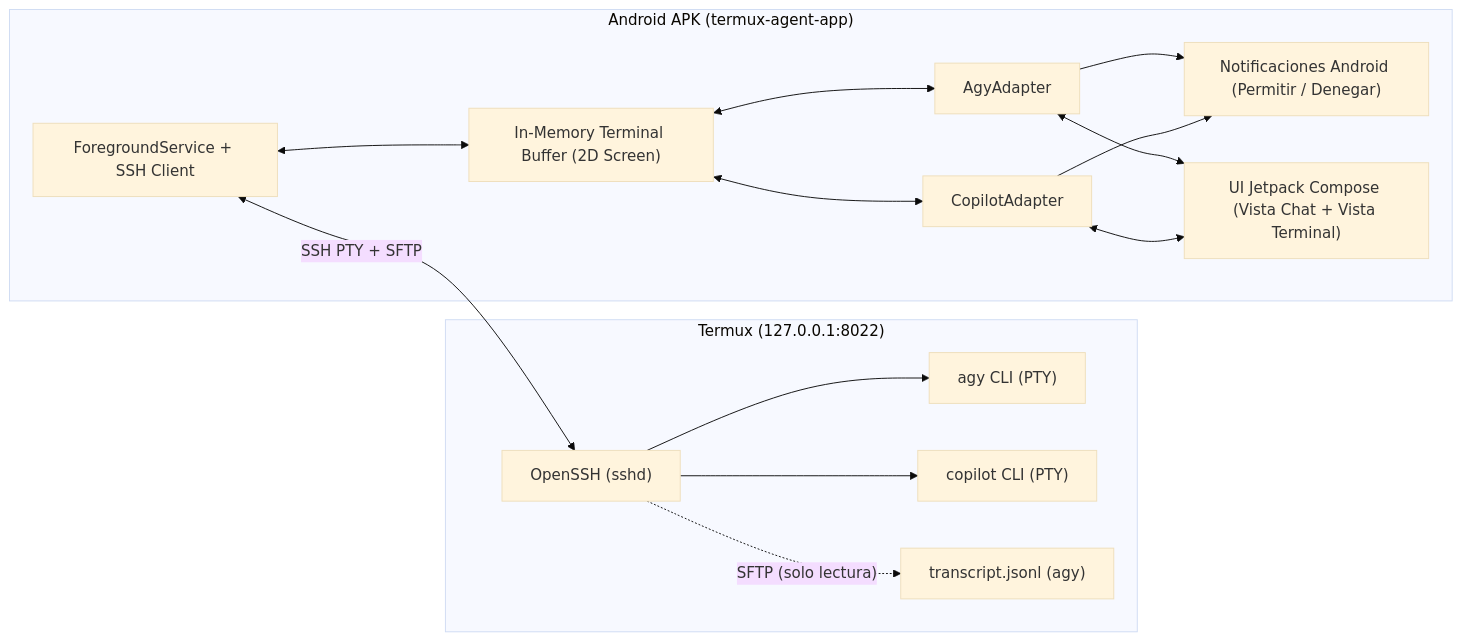
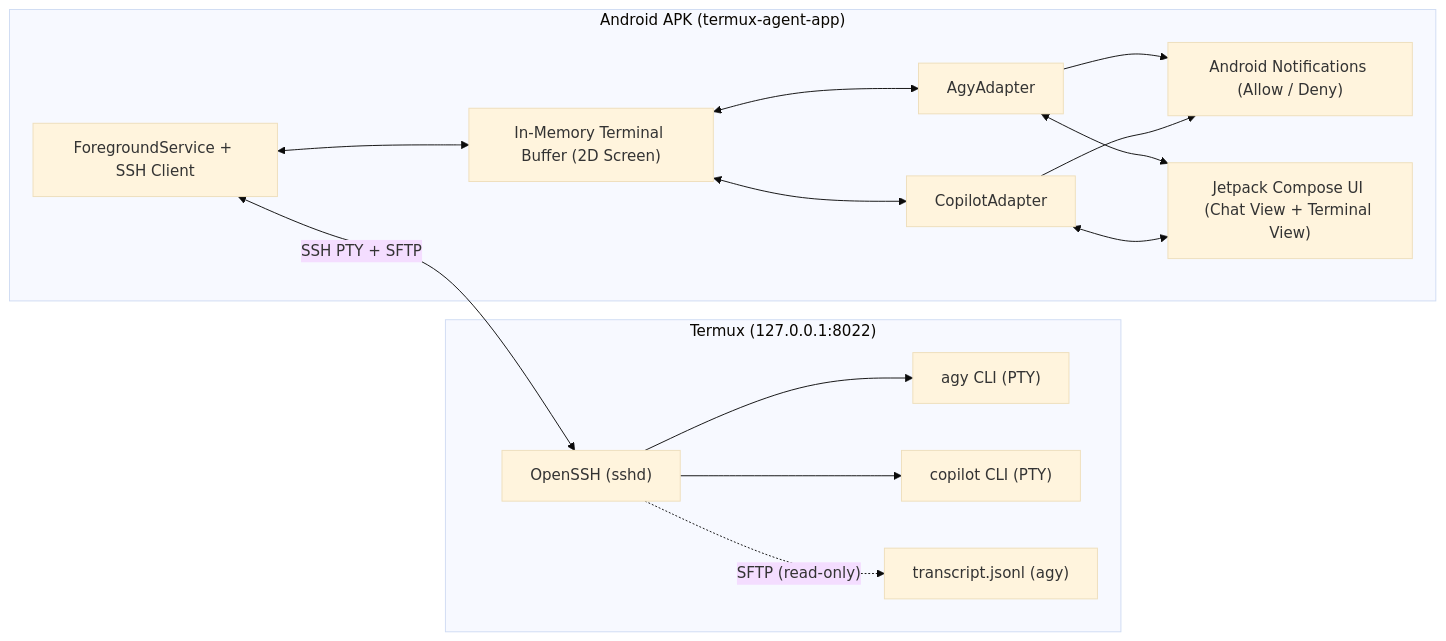
The first of 2 diagrams in README.md (cafeteru/termux-agent-app), drawn with Mermaid (base theme) before and after one commit. The commit also changed other lines of this file and 1 other file, not shown here.

````diff
--- a/README.md
+++ b/README.md
@@ -33,17 +33,17 @@
 ```mermaid
 flowchart LR
     subgraph Termux ["Termux (127.0.0.1:8022)"]
         SSH["OpenSSH (sshd)"] --> AGY["agy CLI (PTY)"]
         SSH --> COP["copilot CLI (PTY)"]
-        SSH -. "SFTP (solo lectura)" .-> TR["transcript.jsonl (agy)"]
+        SSH -. "SFTP (read-only)" .-> TR["transcript.jsonl (agy)"]
     end
 
     subgraph APK ["Android APK (termux-agent-app)"]
         S["ForegroundService + SSH Client"] <-->|"SSH PTY + SFTP"| SSH
         S <--> BUF["In-Memory Terminal Buffer (2D Screen)"]
         BUF <--> AD1["AgyAdapter"]
         BUF <--> AD2["CopilotAdapter"]
-        AD1 & AD2 --> N["Notificaciones Android (Permitir / Denegar)"]
-        AD1 & AD2 <--> UI["UI Jetpack Compose (Vista Chat + Vista Terminal)"]
+        AD1 & AD2 --> N["Android Notifications (Allow / Deny)"]
+        AD1 & AD2 <--> UI["Jetpack Compose UI (Chat View + Terminal View)"]
     end
 ```
````
